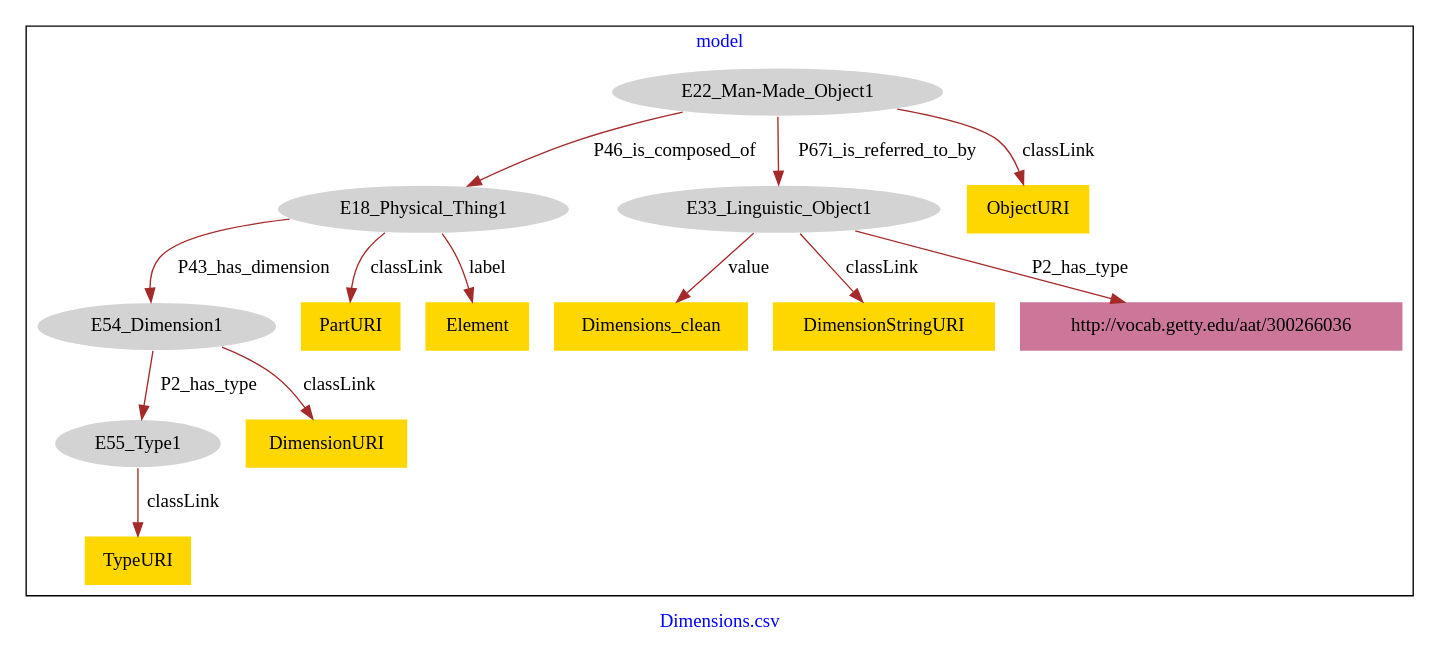
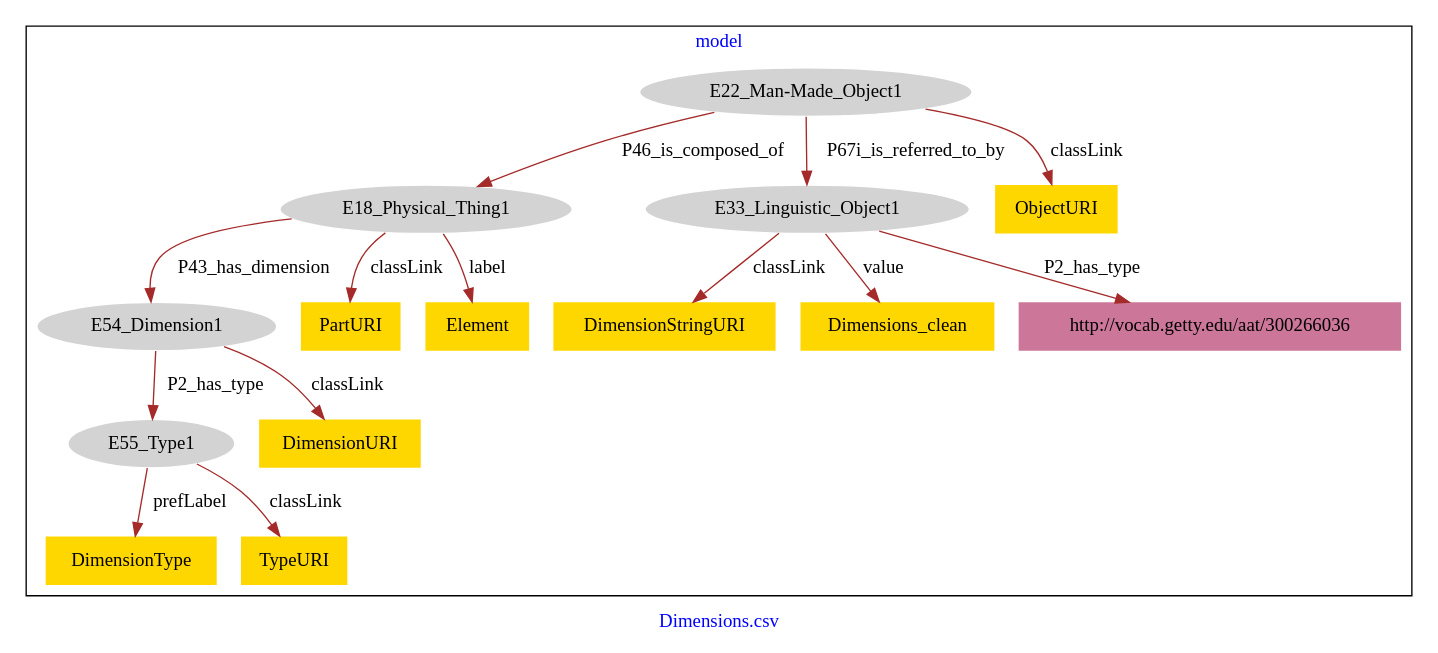
Before and after one commit to american-art/GM: the diagram in Dimensions/Dimensions-model.dot, drawn with Graphviz.

Commit message:
Update file Dimensions-model.dot

```diff
--- a/Dimensions/Dimensions-model.dot
+++ b/Dimensions/Dimensions-model.dot
@@ -1,33 +1,35 @@
 digraph n0 {
 fontcolor="blue"
 remincross="true"
 label="Dimensions.csv"
 subgraph cluster {
 label="model"
 n2[style="filled",color="white",fillcolor="lightgray",label="E18_Physical_Thing1"];
 n3[style="filled",color="white",fillcolor="lightgray",label="E54_Dimension1"];
 n4[style="filled",color="white",fillcolor="lightgray",label="E22_Man-Made_Object1"];
 n5[style="filled",color="white",fillcolor="lightgray",label="E33_Linguistic_Object1"];
 n6[style="filled",color="white",fillcolor="lightgray",label="E55_Type1"];
-n7[shape="plaintext",style="filled",fillcolor="gold",label="PartURI"];
+n7[shape="plaintext",style="filled",fillcolor="gold",label="DimensionStringURI"];
 n8[shape="plaintext",style="filled",fillcolor="gold",label="Dimensions_clean"];
-n9[shape="plaintext",style="filled",fillcolor="gold",label="Element"];
+n9[shape="plaintext",style="filled",fillcolor="gold",label="PartURI"];
 n10[shape="plaintext",style="filled",fillcolor="gold",label="ObjectURI"];
-n11[shape="plaintext",style="filled",fillcolor="gold",label="DimensionURI"];
-n12[shape="plaintext",style="filled",fillcolor="gold",label="DimensionStringURI"];
-n13[shape="plaintext",style="filled",fillcolor="gold",label="TypeURI"];
-n14[shape="plaintext",style="filled",fillcolor="#CC7799",label="http://vocab.getty.edu/aat/300266036"];
+n11[shape="plaintext",style="filled",fillcolor="gold",label="Element"];
+n12[shape="plaintext",style="filled",fillcolor="gold",label="DimensionType"];
+n13[shape="plaintext",style="filled",fillcolor="gold",label="DimensionURI"];
+n14[shape="plaintext",style="filled",fillcolor="gold",label="TypeURI"];
+n15[shape="plaintext",style="filled",fillcolor="#CC7799",label="http://vocab.getty.edu/aat/300266036"];
 }
 n2 -> n3[color="brown",fontcolor="black",label="P43_has_dimension"]
 n4 -> n2[color="brown",fontcolor="black",label="P46_is_composed_of"]
 n4 -> n5[color="brown",fontcolor="black",label="P67i_is_referred_to_by"]
 n3 -> n6[color="brown",fontcolor="black",label="P2_has_type"]
-n2 -> n7[color="brown",fontcolor="black",label="classLink"]
+n5 -> n7[color="brown",fontcolor="black",label="classLink"]
 n5 -> n8[color="brown",fontcolor="black",label="value"]
-n2 -> n9[color="brown",fontcolor="black",label="label"]
+n2 -> n9[color="brown",fontcolor="black",label="classLink"]
 n4 -> n10[color="brown",fontcolor="black",label="classLink"]
-n3 -> n11[color="brown",fontcolor="black",label="classLink"]
-n5 -> n12[color="brown",fontcolor="black",label="classLink"]
-n6 -> n13[color="brown",fontcolor="black",label="classLink"]
-n5 -> n14[color="brown",fontcolor="black",label="P2_has_type"]
+n2 -> n11[color="brown",fontcolor="black",label="label"]
+n6 -> n12[color="brown",fontcolor="black",label="prefLabel"]
+n3 -> n13[color="brown",fontcolor="black",label="classLink"]
+n6 -> n14[color="brown",fontcolor="black",label="classLink"]
+n5 -> n15[color="brown",fontcolor="black",label="P2_has_type"]
 }
```
